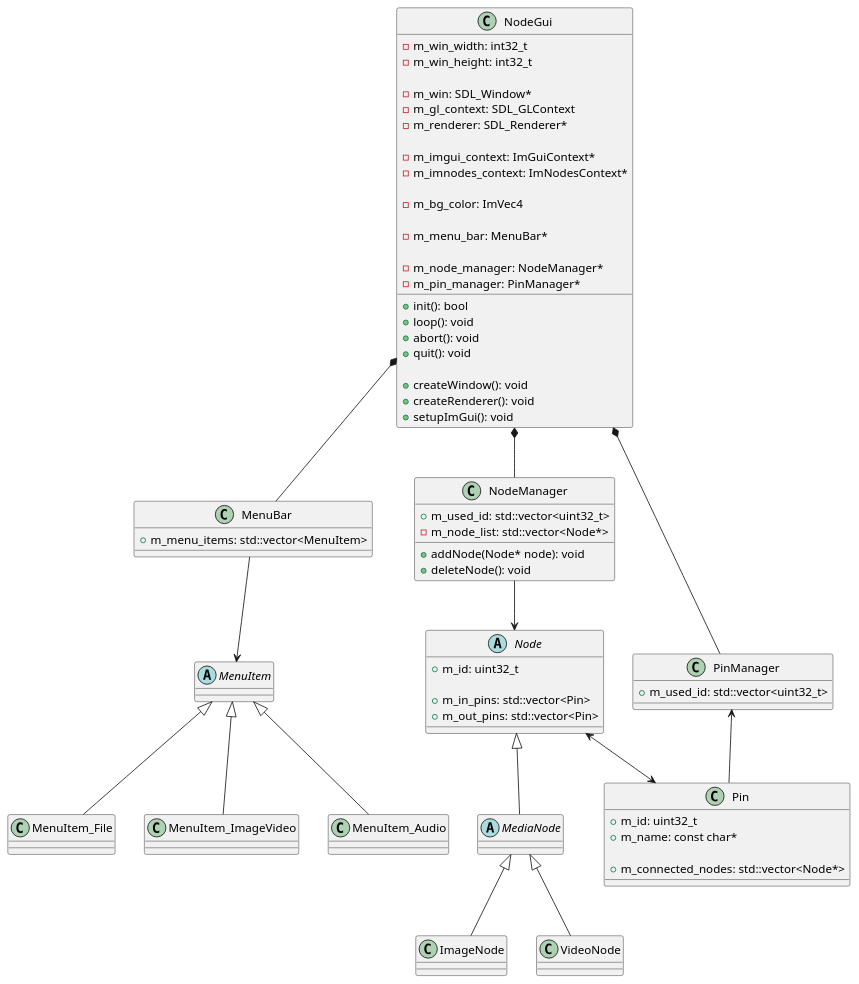
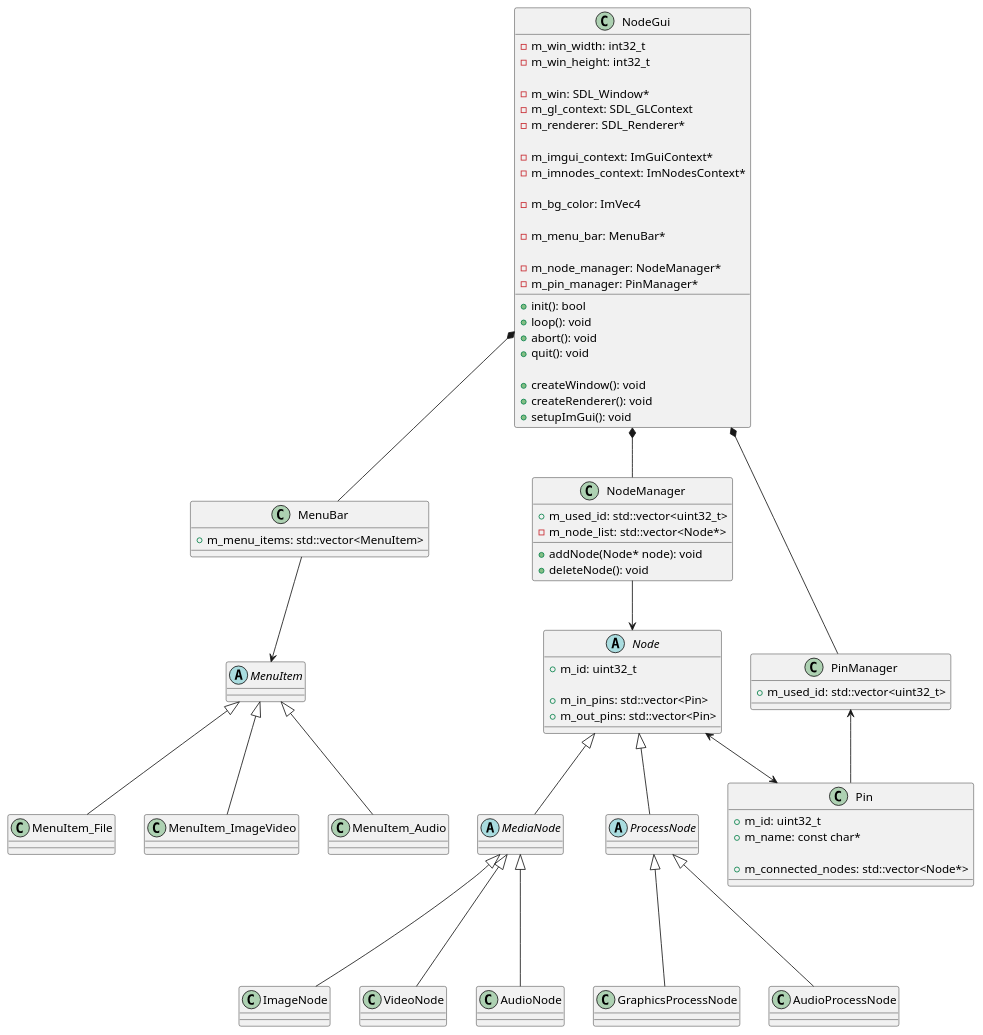
One commit to nkue-yst/NodeProcessV2 changed the diagram in uml/uml.pu. Above: the diagram before and after it, drawn with PlantUML.

Commit message:
Update UML

```diff
--- a/uml/uml.pu
+++ b/uml/uml.pu
@@ -1,106 +1,126 @@
 @startuml NodeProcessing
 
 class NodeGui {
     +init(): bool
     +loop(): void
     +abort(): void
     +quit(): void
 
     +createWindow(): void
     +createRenderer(): void
     +setupImGui(): void
 
     -m_win_width: int32_t
     -m_win_height: int32_t
 
     -m_win: SDL_Window*
     -m_gl_context: SDL_GLContext
     -m_renderer: SDL_Renderer*
 
     -m_imgui_context: ImGuiContext*
     -m_imnodes_context: ImNodesContext*
 
     -m_bg_color: ImVec4
 
     -m_menu_bar: MenuBar*
 
     -m_node_manager: NodeManager*
     -m_pin_manager: PinManager*
 }
 
 class MenuBar {
     +m_menu_items: std::vector<MenuItem>
 }
 
 abstract class MenuItem {
 
 }
 
 class MenuItem_File {
 
 }
 
 class MenuItem_ImageVideo {
 
 }
 
 class MenuItem_Audio {
 
 }
 
 class NodeManager {
     +addNode(Node* node): void
     +deleteNode(): void
 
     +m_used_id: std::vector<uint32_t>
     -m_node_list: std::vector<Node*>
 }
 
 abstract class Node {
     +m_id: uint32_t
 
     +m_in_pins: std::vector<Pin>
     +m_out_pins: std::vector<Pin>
 }
 
 abstract class MediaNode {
 
 }
 
+abstract class ProcessNode {
+
+}
+
 class ImageNode {
 
 }
 
 class VideoNode {
+
+}
+
+class AudioNode {
+
+}
+
+class GraphicsProcessNode {
+
+}
+
+class AudioProcessNode {
 
 }
 
 class PinManager {
     +m_used_id: std::vector<uint32_t>
 }
 
 class Pin {
     +m_id: uint32_t
     +m_name: const char*
 
     +m_connected_nodes: std::vector<Node*>
 }
 
 NodeGui *-- NodeManager
 NodeGui *-- PinManager
 NodeGui *-- MenuBar
 
 MenuBar --> MenuItem
 MenuItem <|-- MenuItem_File
 MenuItem <|-- MenuItem_ImageVideo
 MenuItem <|-- MenuItem_Audio
 
 Node <|-- MediaNode
-MediaNode <|-- ImageNode
-MediaNode <|-- VideoNode
+Node <|-- ProcessNode
+MediaNode <|--- ImageNode
+MediaNode <|--- VideoNode
+MediaNode <|--- AudioNode
+ProcessNode <|--- GraphicsProcessNode
+ProcessNode <|--- AudioProcessNode
 
 NodeManager --> Node
 PinManager <-- Pin
 Node <--> Pin
 
 @enduml
```
